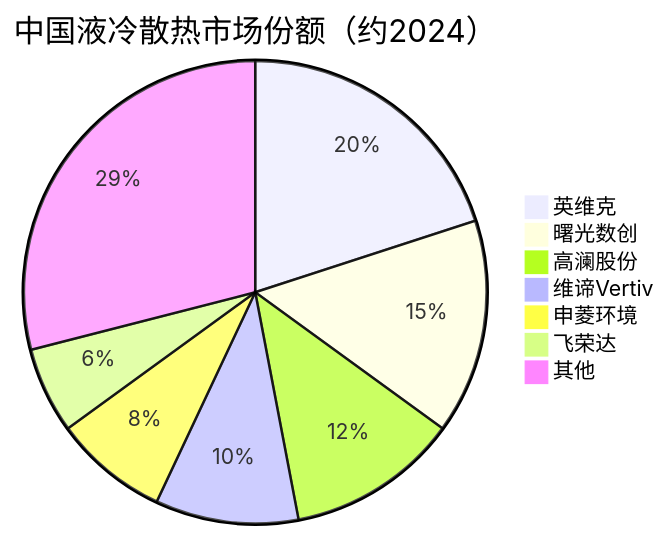
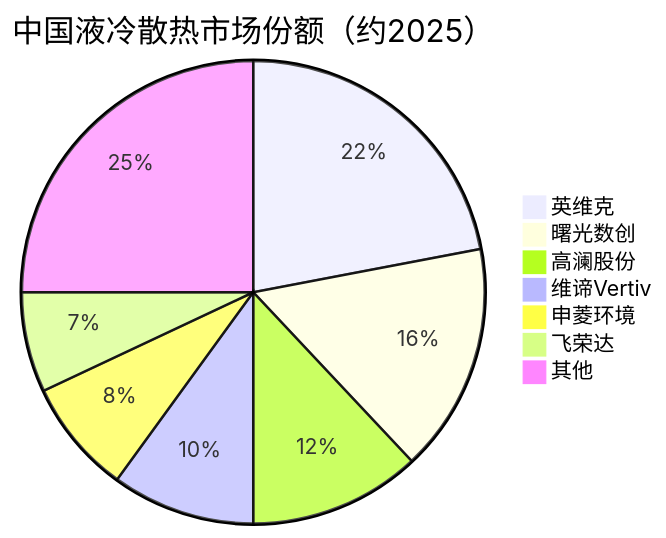
The third of 3 diagrams in AI产业链/细分配套/散热.md (blueprint1453/industry-insight), drawn with Mermaid before and after one commit. The commit also changed other lines of this file and 78 other files, not shown here.

````diff
--- a/AI产业链/细分配套/散热.md
+++ b/AI产业链/细分配套/散热.md
@@ -134,10 +134,10 @@
 ```mermaid
-pie title 中国液冷散热市场份额（约2024）
-    "英维克" : 20
-    "曙光数创" : 15
+pie title 中国液冷散热市场份额（约2025）
+    "英维克" : 22
+    "曙光数创" : 16
     "高澜股份" : 12
     "维谛Vertiv" : 10
     "申菱环境" : 8
-    "飞荣达" : 6
-    "其他" : 29
+    "飞荣达" : 7
+    "其他" : 25
 ```
````
